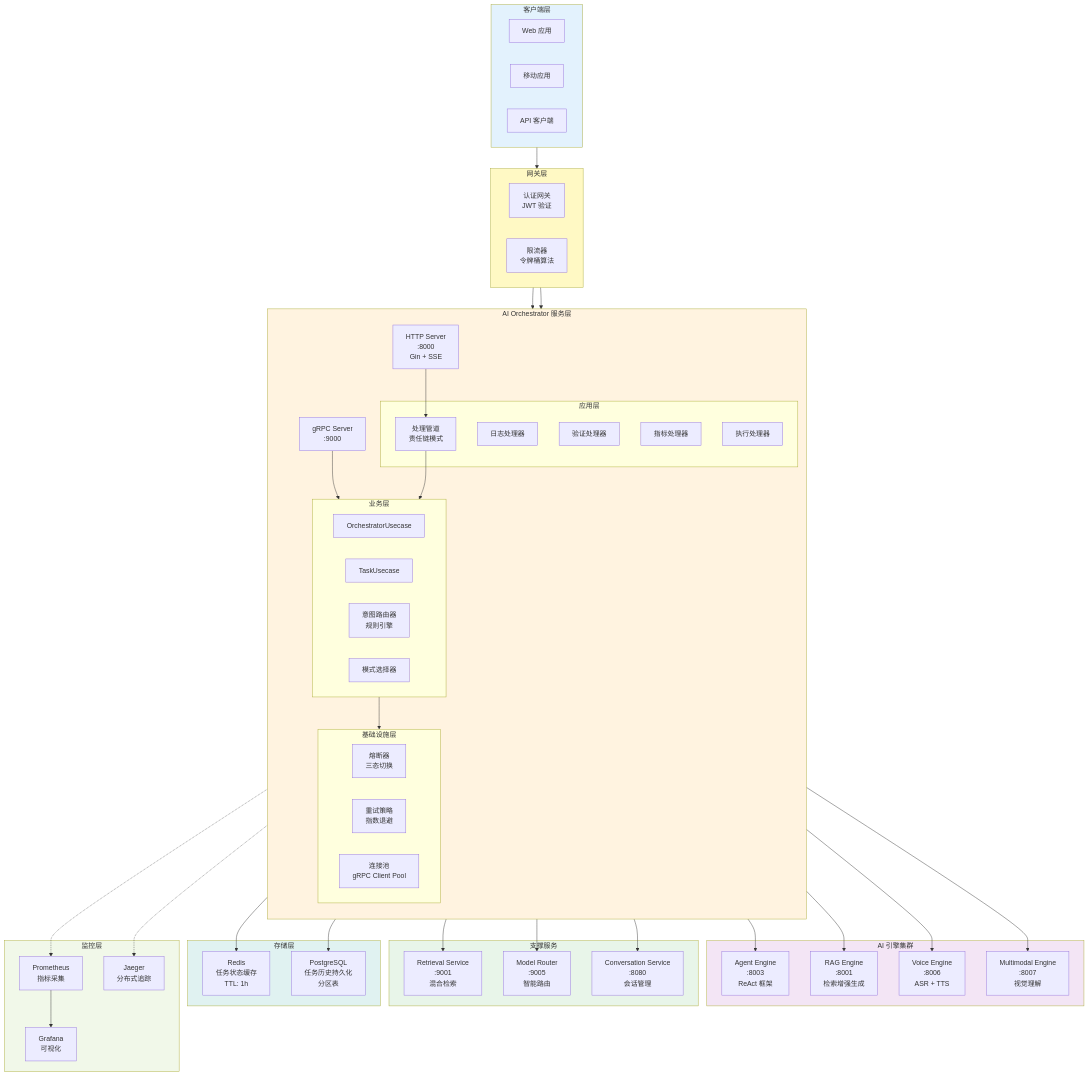
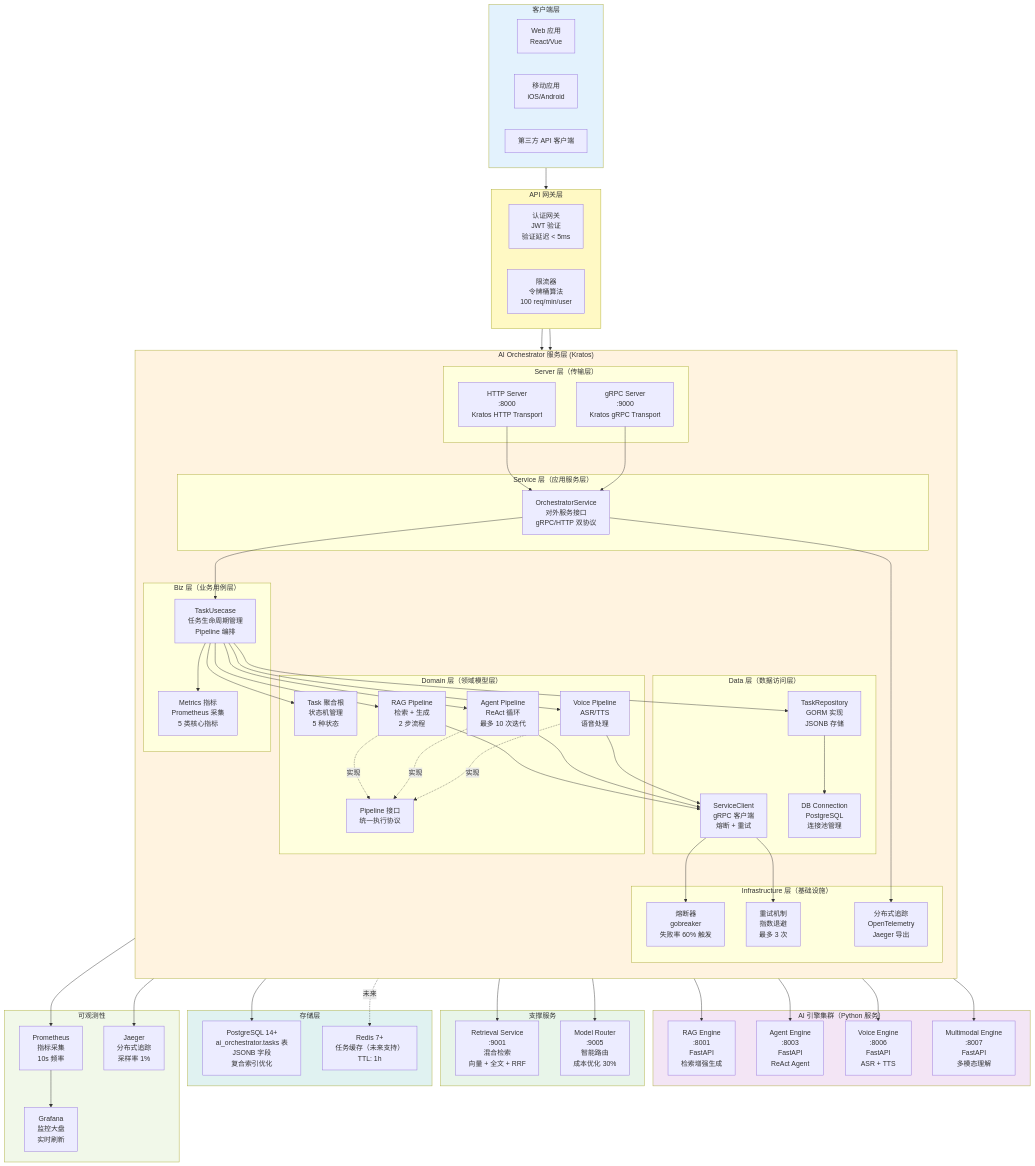
One commit to haoyunlt/VoiceAssistant changed the first of 6 diagrams in docs/VoiceAssistant-01-AI-Orchestrator.md. Above: the diagram before and after it, drawn with Mermaid. The commit also changed other lines of this file and 161 other files, not shown here.

````diff
--- a/docs/VoiceAssistant-01-AI-Orchestrator.md
+++ b/docs/VoiceAssistant-01-AI-Orchestrator.md
@@ -41,90 +43,114 @@
 ```mermaid
 flowchart TB
     subgraph Clients["客户端层"]
-        WebClient["Web 应用"]
-        MobileClient["移动应用"]
-        APIClient["API 客户端"]
+        WebClient["Web 应用<br/>React/Vue"]
+        MobileClient["移动应用<br/>iOS/Android"]
+        APIClient["第三方 API 客户端"]
     end
 
-    subgraph Gateway["网关层"]
-        AuthGW["认证网关<br/>JWT 验证"]
-        RateLimiter["限流器<br/>令牌桶算法"]
+    subgraph Gateway["API 网关层"]
+        direction LR
+        AuthGW["认证网关<br/>JWT 验证<br/>验证延迟 < 5ms"]
+        RateLimiter["限流器<br/>令牌桶算法<br/>100 req/min/user"]
     end
 
-    subgraph Orchestrator["AI Orchestrator 服务层"]
+    subgraph Orchestrator["AI Orchestrator 服务层 (Kratos)"]
         direction TB
-        HTTPServer["HTTP Server<br/>:8000<br/>Gin + SSE"]
-        GRPCServer["gRPC Server<br/>:9000"]
 
-        subgraph Application["应用层"]
-            Pipeline["处理管道<br/>责任链模式"]
-            Logger["日志处理器"]
-            Validator["验证处理器"]
-            Metrics["指标处理器"]
-            Executor["执行处理器"]
+        subgraph ServerLayer["Server 层（传输层）"]
+            HTTPServer["HTTP Server<br/>:8000<br/>Kratos HTTP Transport"]
+            GRPCServer["gRPC Server<br/>:9000<br/>Kratos gRPC Transport"]
         end
 
-        subgraph Business["业务层"]
-            OrchestratorUC["OrchestratorUsecase"]
-            TaskUC["TaskUsecase"]
-            IntentRouter["意图路由器<br/>规则引擎"]
-            ModeSelector["模式选择器"]
+        subgraph ServiceLayer["Service 层（应用服务层）"]
+            OrchestratorSvc["OrchestratorService<br/>对外服务接口<br/>gRPC/HTTP 双协议"]
         end
 
-        subgraph Infrastructure["基础设施层"]
-            CircuitBreaker["熔断器<br/>三态切换"]
-            RetryPolicy["重试策略<br/>指数退避"]
-            ConnectionPool["连接池<br/>gRPC Client Pool"]
+        subgraph BizLayer["Biz 层（业务用例层）"]
+            TaskUC["TaskUsecase<br/>任务生命周期管理<br/>Pipeline 编排"]
+            Metrics["Metrics 指标<br/>Prometheus 采集<br/>5 类核心指标"]
         end
 
-        HTTPServer --> Pipeline
-        GRPCServer --> Business
-        Pipeline --> Business
-        Business --> Infrastructure
+        subgraph DomainLayer["Domain 层（领域模型层）"]
+            TaskAgg["Task 聚合根<br/>状态机管理<br/>5 种状态"]
+            RAGPipe["RAG Pipeline<br/>检索 + 生成<br/>2 步流程"]
+            AgentPipe["Agent Pipeline<br/>ReAct 循环<br/>最多 10 次迭代"]
+            VoicePipe["Voice Pipeline<br/>ASR/TTS<br/>语音处理"]
+            PipelineIntf["Pipeline 接口<br/>统一执行协议"]
+        end
+
+        subgraph DataLayer["Data 层（数据访问层）"]
+            TaskRepo["TaskRepository<br/>GORM 实现<br/>JSONB 存储"]
+            ServiceClient["ServiceClient<br/>gRPC 客户端<br/>熔断 + 重试"]
+            DB["DB Connection<br/>PostgreSQL<br/>连接池管理"]
+        end
+
+        subgraph InfraLayer["Infrastructure 层（基础设施）"]
+            CircuitBreaker["熔断器<br/>gobreaker<br/>失败率 60% 触发"]
+            RetryMech["重试机制<br/>指数退避<br/>最多 3 次"]
+            Tracing["分布式追踪<br/>OpenTelemetry<br/>Jaeger 导出"]
+        end
+
+        HTTPServer --> OrchestratorSvc
+        GRPCServer --> OrchestratorSvc
+        OrchestratorSvc --> TaskUC
+        TaskUC --> TaskAgg
+        TaskUC --> RAGPipe
+        TaskUC --> AgentPipe
+        TaskUC --> VoicePipe
+        TaskUC --> TaskRepo
+        TaskUC --> Metrics
+        RAGPipe -.实现.-> PipelineIntf
+        AgentPipe -.实现.-> PipelineIntf
+        VoicePipe -.实现.-> PipelineIntf
+        RAGPipe --> ServiceClient
+        AgentPipe --> ServiceClient
+        VoicePipe --> ServiceClient
+        TaskRepo --> DB
+        ServiceClient --> CircuitBreaker
+        ServiceClient --> RetryMech
+        OrchestratorSvc --> Tracing
     end
 
-    subgraph AIEngines["AI 引擎集群"]
-        AgentEngine["Agent Engine<br/>:8003<br/>ReAct 框架"]
-        RAGEngine["RAG Engine<br/>:8001<br/>检索增强生成"]
-        VoiceEngine["Voice Engine<br/>:8006<br/>ASR + TTS"]
-        MultimodalEngine["Multimodal Engine<br/>:8007<br/>视觉理解"]
+    subgraph AIEngines["AI 引擎集群（Python 服务）"]
+        RAGEngine["RAG Engine<br/>:8001<br/>FastAPI<br/>检索增强生成"]
+        AgentEngine["Agent Engine<br/>:8003<br/>FastAPI<br/>ReAct Agent"]
+        VoiceEngine["Voice Engine<br/>:8006<br/>FastAPI<br/>ASR + TTS"]
+        MultimodalEngine["Multimodal Engine<br/>:8007<br/>FastAPI<br/>多模态理解"]
     end
 
     subgraph SupportServices["支撑服务"]
-        RetrievalService["Retrieval Service<br/>:9001<br/>混合检索"]
-        ModelRouter["Model Router<br/>:9005<br/>智能路由"]
-        ConversationService["Conversation Service<br/>:8080<br/>会话管理"]
+        RetrievalService["Retrieval Service<br/>:9001<br/>混合检索<br/>向量 + 全文 + RRF"]
+        ModelRouter["Model Router<br/>:9005<br/>智能路由<br/>成本优化 30%"]
     end
 
     subgraph Storage["存储层"]
-        Redis["Redis<br/>任务状态缓存<br/>TTL: 1h"]
-        PostgreSQL["PostgreSQL<br/>任务历史持久化<br/>分区表"]
+        PostgreSQL["PostgreSQL 14+<br/>ai_orchestrator.tasks 表<br/>JSONB 字段<br/>复合索引优化"]
+        Redis["Redis 7+<br/>任务缓存（未来支持）<br/>TTL: 1h"]
     end
 
-    subgraph Monitoring["监控层"]
-        Prometheus["Prometheus<br/>指标采集"]
-        Jaeger["Jaeger<br/>分布式追踪"]
-        Grafana["Grafana<br/>可视化"]
+    subgraph Monitoring["可观测性"]
+        Prometheus["Prometheus<br/>指标采集<br/>10s 频率"]
+        Jaeger["Jaeger<br/>分布式追踪<br/>采样率 1%"]
+        Grafana["Grafana<br/>监控大盘<br/>实时刷新"]
     end
 
     Clients --> Gateway
     Gateway --> HTTPServer
     Gateway --> GRPCServer
 
-    Infrastructure --> AgentEngine
-    Infrastructure --> RAGEngine
-    Infrastructure --> VoiceEngine
-    Infrastructure --> MultimodalEngine
+    ServiceClient --> RAGEngine
+    ServiceClient --> AgentEngine
+    ServiceClient --> VoiceEngine
+    ServiceClient --> MultimodalEngine
+    ServiceClient --> RetrievalService
+    ServiceClient --> ModelRouter
 
-    Business --> RetrievalService
-    Business --> ModelRouter
-    Business --> ConversationService
+    DB --> PostgreSQL
+    TaskRepo -.未来.-> Redis
 
-    Business --> Redis
-    Business --> PostgreSQL
-
-    Orchestrator -.-> Prometheus
-    Orchestrator -.-> Jaeger
+    Metrics --> Prometheus
+    Tracing --> Jaeger
     Prometheus --> Grafana
 
     style Clients fill:#e3f2fd
````
